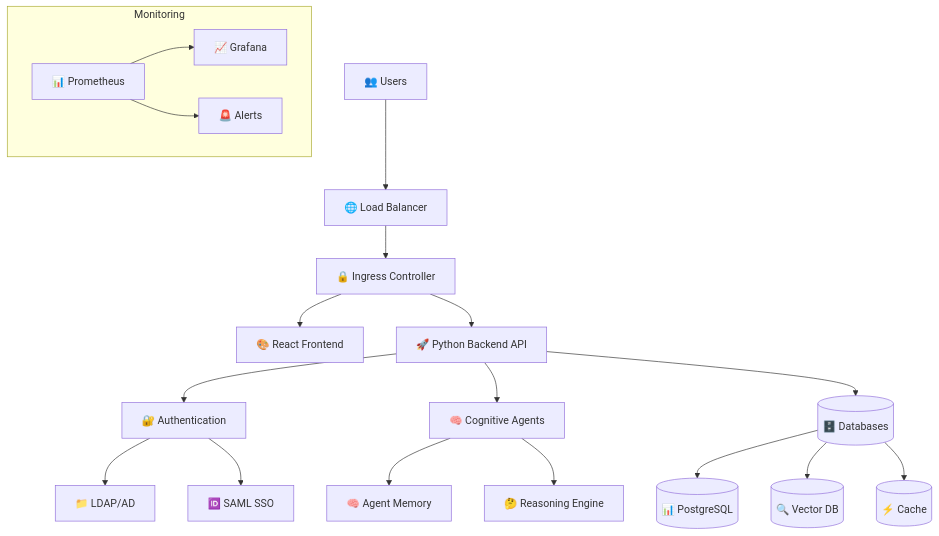
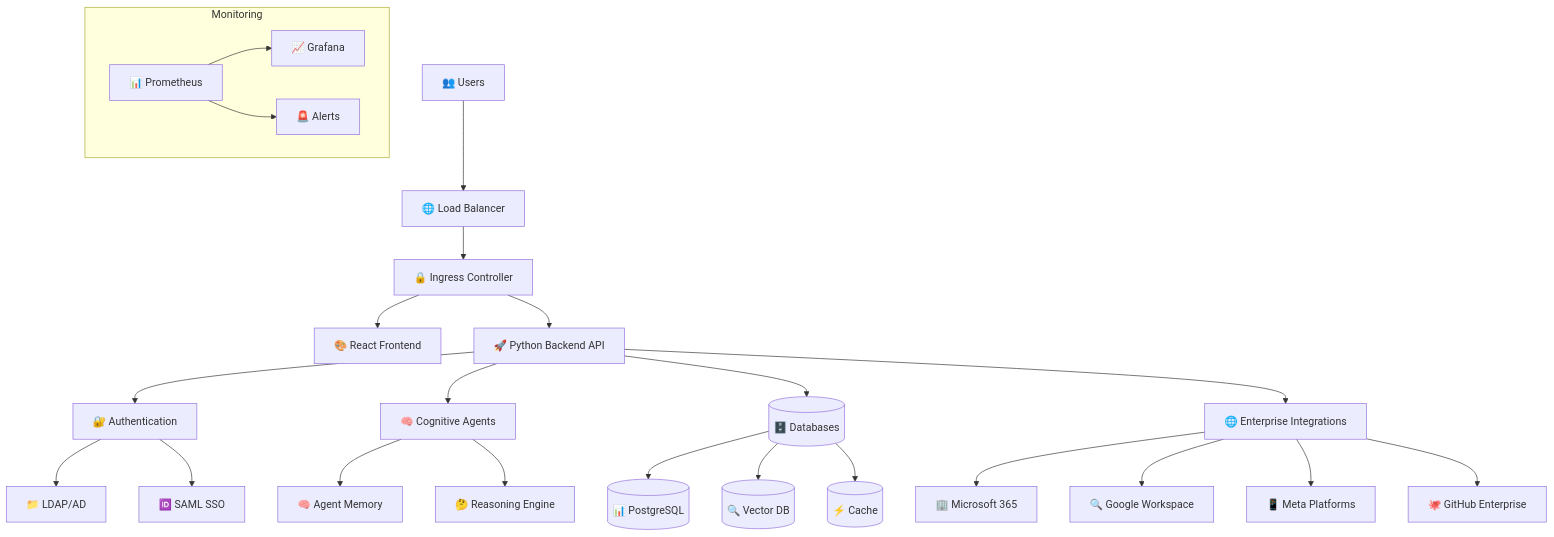
The diagram in README.md (szarastrefa/HyperSearch-Server), drawn with Mermaid before and after one commit. The commit also changed other lines of this file, not shown here.

````diff
--- a/README.md
+++ b/README.md
@@ -81,25 +90,31 @@
 ```mermaid
 graph TB
     Users[👥 Users] --> LB[🌐 Load Balancer]
     LB --> Ingress[🔒 Ingress Controller]
     Ingress --> Frontend[🎨 React Frontend]
     Ingress --> API[🚀 Python Backend API]
     
     API --> Auth[🔐 Authentication]
     Auth --> LDAP[📁 LDAP/AD]
     Auth --> SAML[🆔 SAML SSO]
     
     API --> Agents[🧠 Cognitive Agents]
     Agents --> Memory[🧠 Agent Memory]
     Agents --> Reasoning[🤔 Reasoning Engine]
     
     API --> DB[(🗄️ Databases)]
     DB --> Postgres[(📊 PostgreSQL)]
     DB --> Qdrant[(🔍 Vector DB)]
     DB --> Redis[(⚡ Cache)]
     
+    API --> Integrations[🌐 Enterprise Integrations]
+    Integrations --> Microsoft[🏢 Microsoft 365]
+    Integrations --> Google[🔍 Google Workspace]
+    Integrations --> Meta[📱 Meta Platforms]
+    Integrations --> GitHub[🐙 GitHub Enterprise]
+    
     subgraph Monitoring
         Prometheus[📊 Prometheus] --> Grafana[📈 Grafana]
         Prometheus --> AlertManager[🚨 Alerts]
     end
 ```
````
